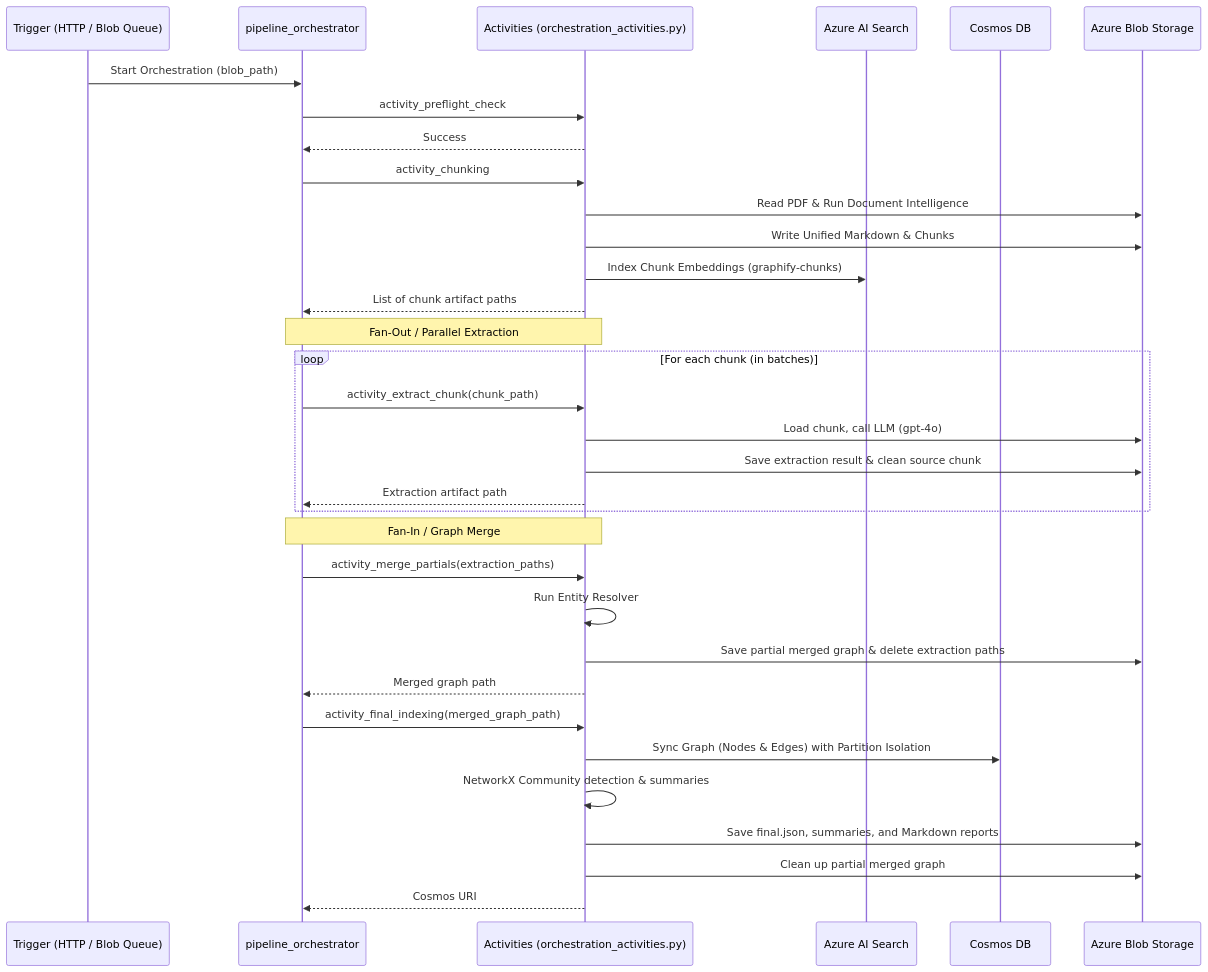
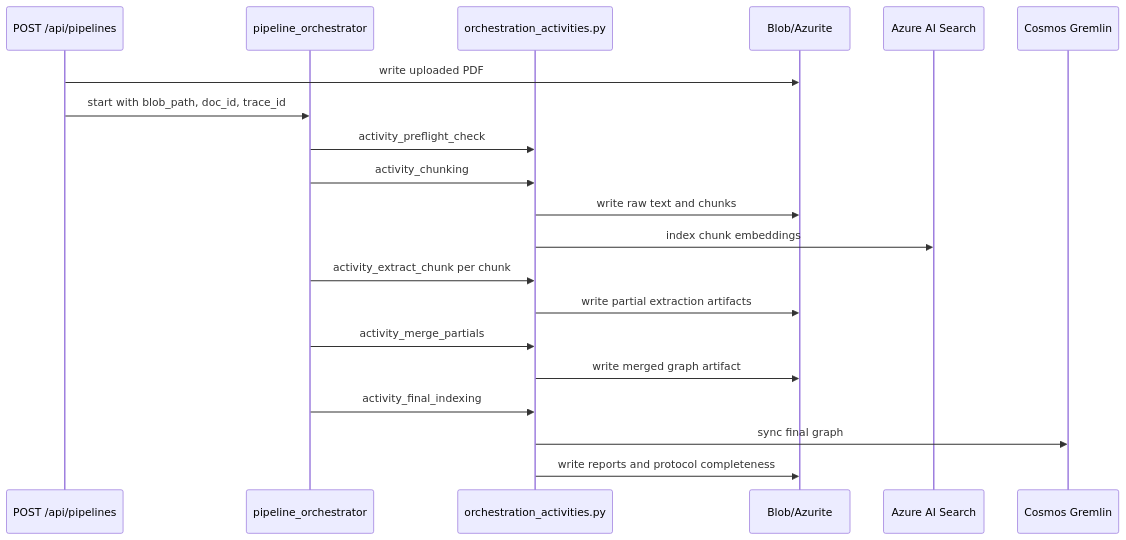
The diagram in src/processing/README.md (zvieli/MAG_Agent), drawn with Mermaid before and after one commit. The commit also changed other lines of this file and 27 other files, not shown here.

````diff
--- a/src/processing/README.md
+++ b/src/processing/README.md
@@ -11,36 +29,23 @@
 ```mermaid
 sequenceDiagram
-    participant Trigger as Trigger (HTTP / Blob Queue)
-    participant Orch as pipeline_orchestrator
-    participant Act as Activities (orchestration_activities.py)
+    participant HTTP as POST /api/pipelines
+    participant O as pipeline_orchestrator
+    participant A as orchestration_activities.py
+    participant S as Blob/Azurite
     participant Search as Azure AI Search
-    participant Cosmos as Cosmos DB
-    participant Blob as Azure Blob Storage
+    participant C as Cosmos Gremlin
 
-    Trigger->>Orch: Start Orchestration (blob_path)
-    Orch->>Act: activity_preflight_check
-    Act-->>Orch: Success
-    Orch->>Act: activity_chunking
-    Act->>Blob: Read PDF & Run Document Intelligence
-    Act->>Blob: Write Unified Markdown & Chunks
-    Act->>Search: Index Chunk Embeddings (graphify-chunks)
-    Act-->>Orch: List of chunk artifact paths
-    Note over Orch, Act: Fan-Out / Parallel Extraction
-    loop For each chunk (in batches)
-        Orch->>Act: activity_extract_chunk(chunk_path)
-        Act->>Blob: Load chunk, call LLM (gpt-4o)
-        Act->>Blob: Save extraction result & clean source chunk
-        Act-->>Orch: Extraction artifact path
-    end
-    Note over Orch, Act: Fan-In / Graph Merge
-    Orch->>Act: activity_merge_partials(extraction_paths)
-    Act->>Act: Run Entity Resolver
-    Act->>Blob: Save partial merged graph & delete extraction paths
-    Act-->>Orch: Merged graph path
-    Orch->>Act: activity_final_indexing(merged_graph_path)
-    Act->>Cosmos: Sync Graph (Nodes & Edges) with Partition Isolation
-    Act->>Act: NetworkX Community detection & summaries
-    Act->>Blob: Save final.json, summaries, and Markdown reports
-    Act->>Blob: Clean up partial merged graph
-    Act-->>Orch: Cosmos URI
+    HTTP->>S: write uploaded PDF
+    HTTP->>O: start with blob_path, doc_id, trace_id
+    O->>A: activity_preflight_check
+    O->>A: activity_chunking
+    A->>S: write raw text and chunks
+    A->>Search: index chunk embeddings
+    O->>A: activity_extract_chunk per chunk
+    A->>S: write partial extraction artifacts
+    O->>A: activity_merge_partials
+    A->>S: write merged graph artifact
+    O->>A: activity_final_indexing
+    A->>C: sync final graph
+    A->>S: write reports and protocol completeness
 ```
````
